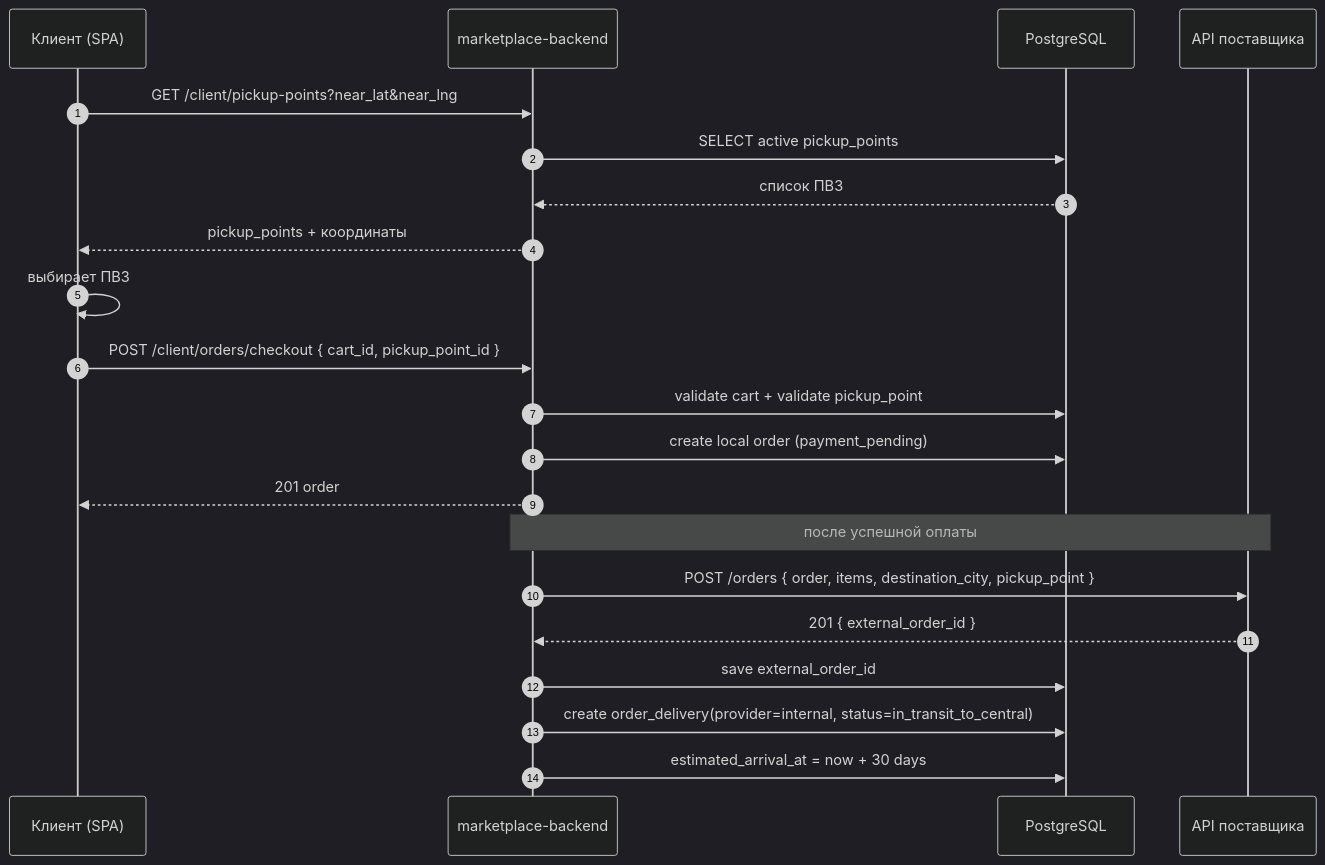
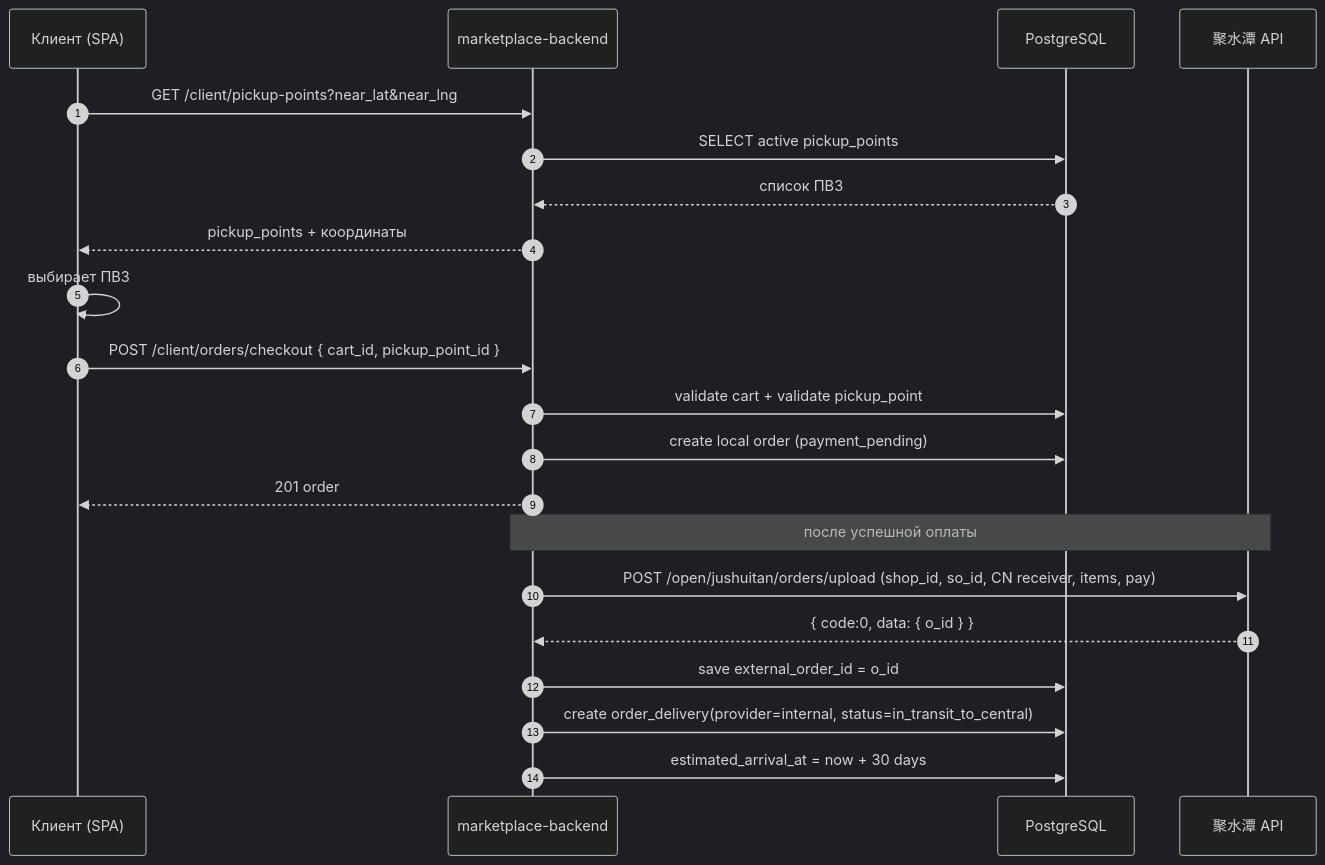
The first of 5 diagrams in plans/marketplace/marketplace-merchants-and-warehouse-network.md (secure-deal/.github), drawn with Mermaid (dark theme) before and after one commit. The commit also changed other lines of this file and 3 other files, not shown here.

````diff
--- a/plans/marketplace/marketplace-merchants-and-warehouse-network.md
+++ b/plans/marketplace/marketplace-merchants-and-warehouse-network.md
@@ -81,26 +82,26 @@
 ```mermaid
 sequenceDiagram
   autonumber
   participant C as Клиент (SPA)
   participant API as marketplace-backend
   participant DB as PostgreSQL
-  participant M as API поставщика
+  participant M as 聚水潭 API
 
   C->>API: GET /client/pickup-points?near_lat&near_lng
   API->>DB: SELECT active pickup_points
   DB-->>API: список ПВЗ
   API-->>C: pickup_points + координаты
 
   C->>C: выбирает ПВЗ
   C->>API: POST /client/orders/checkout { cart_id, pickup_point_id }
   API->>DB: validate cart + validate pickup_point
   API->>DB: create local order (payment_pending)
   API-->>C: 201 order
 
   Note over API,M: после успешной оплаты
-  API->>M: POST /orders { order, items, destination_city, pickup_point }
-  M-->>API: 201 { external_order_id }
-  API->>DB: save external_order_id
+  API->>M: POST /open/jushuitan/orders/upload (shop_id, so_id, CN receiver, items, pay)
+  M-->>API: { code:0, data: { o_id } }
+  API->>DB: save external_order_id = o_id
   API->>DB: create order_delivery(provider=internal, status=in_transit_to_central)
   API->>DB: estimated_arrival_at = now + 30 days
 ```
````
